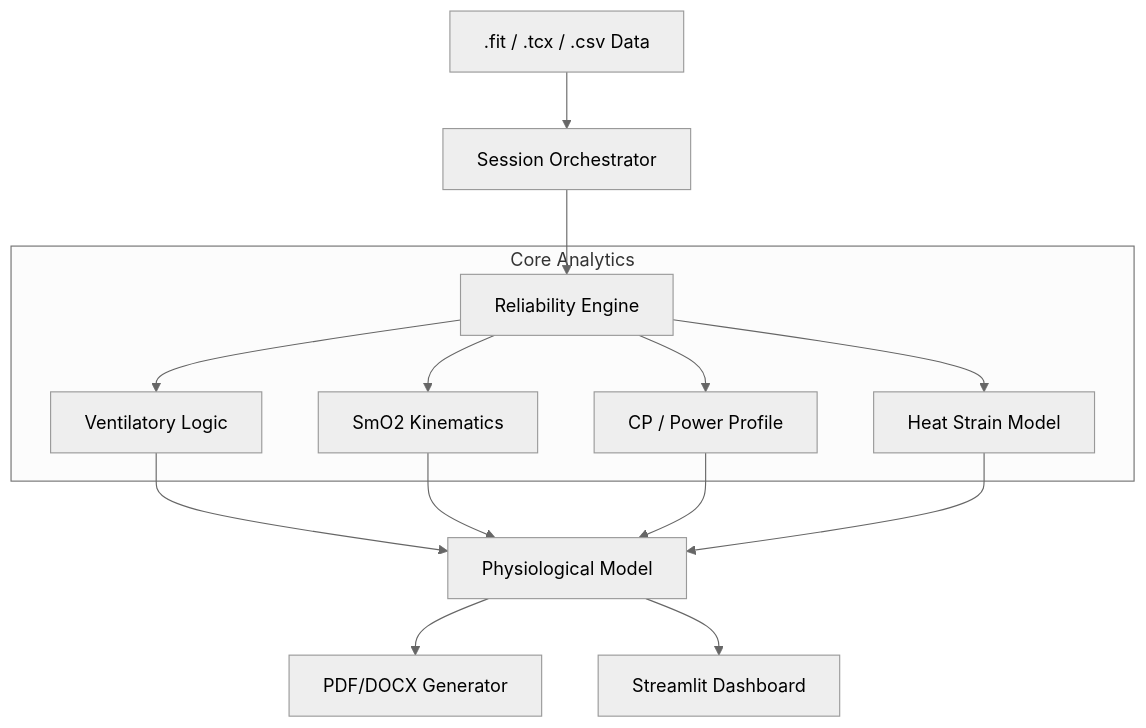
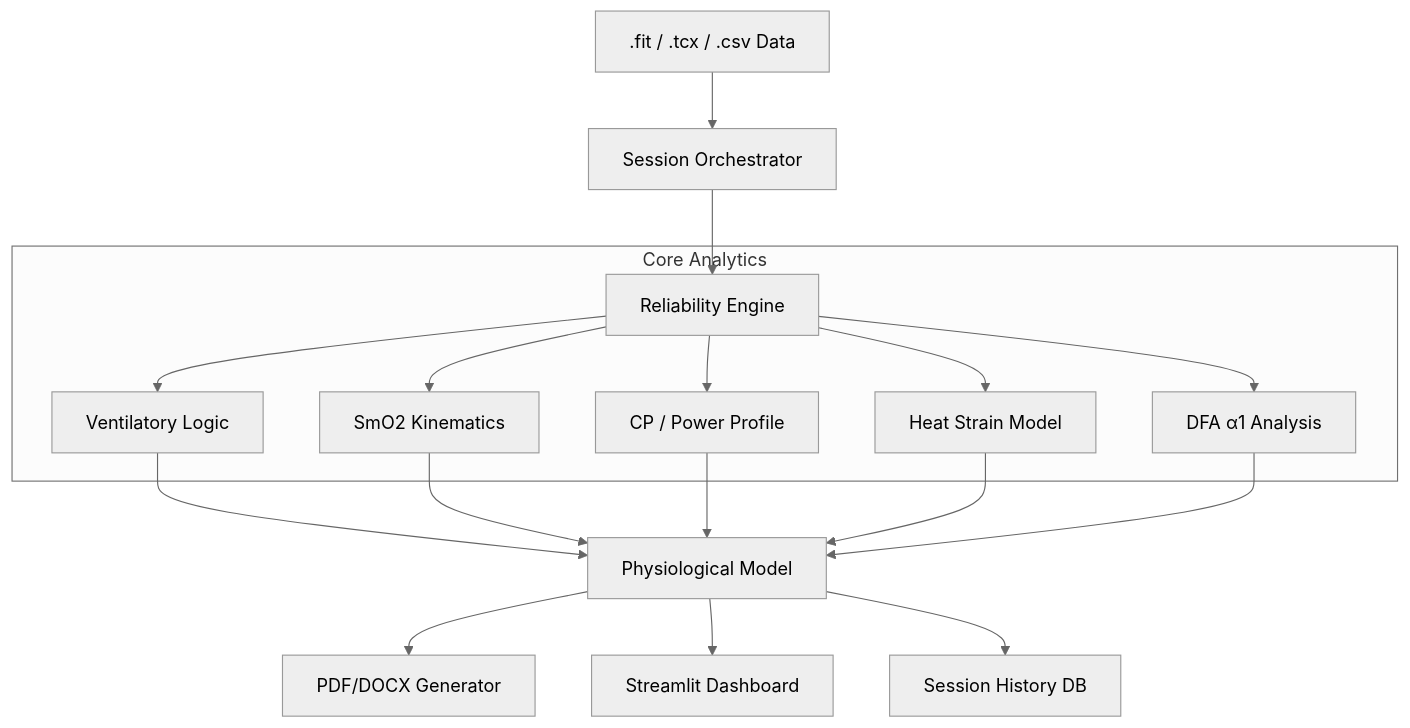
Before and after one commit to WielkiKrzych/Tri_Dashboard: the diagram in README.md, drawn with Mermaid (neutral theme). The commit also changed other lines of this file, not shown here.

````diff
--- a/README.md
+++ b/README.md
@@ -50,16 +88,18 @@
 ```mermaid
 graph TD
     Data[".fit / .tcx / .csv Data"] --> Orchestrator["Session Orchestrator"]
     Orchestrator --> Quality["Reliability Engine"]
     
     subgraph "Core Analytics"
         Quality --> VT["Ventilatory Logic"]
         Quality --> NIRS["SmO2 Kinematics"]
         Quality --> PDC["CP / Power Profile"]
         Quality --> Thermal["Heat Strain Model"]
+        Quality --> HRV["DFA α1 Analysis"]
     end
     
-    VT & NIRS & PDC & Thermal --> Model["Physiological Model"]
+    VT & NIRS & PDC & Thermal & HRV --> Model["Physiological Model"]
     Model --> Report["PDF/DOCX Generator"]
     Model --> UI["Streamlit Dashboard"]
+    Model --> Archive["Session History DB"]
 ```
````
